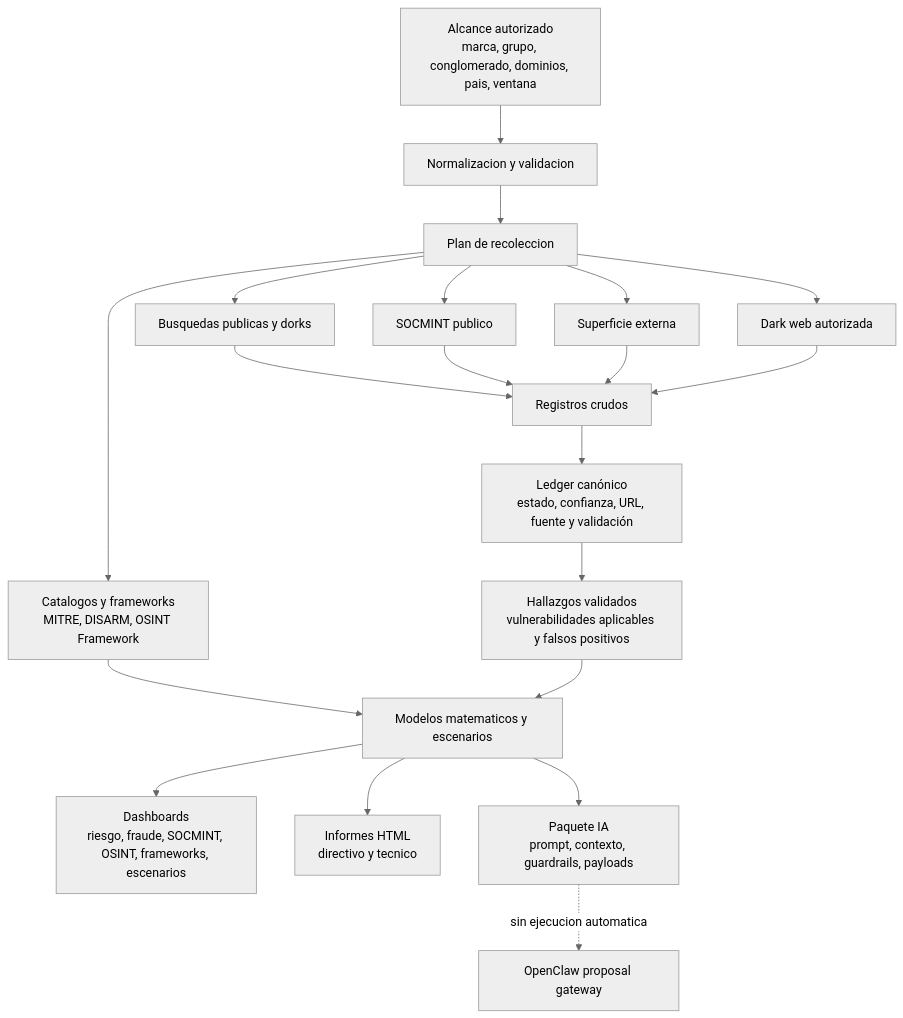
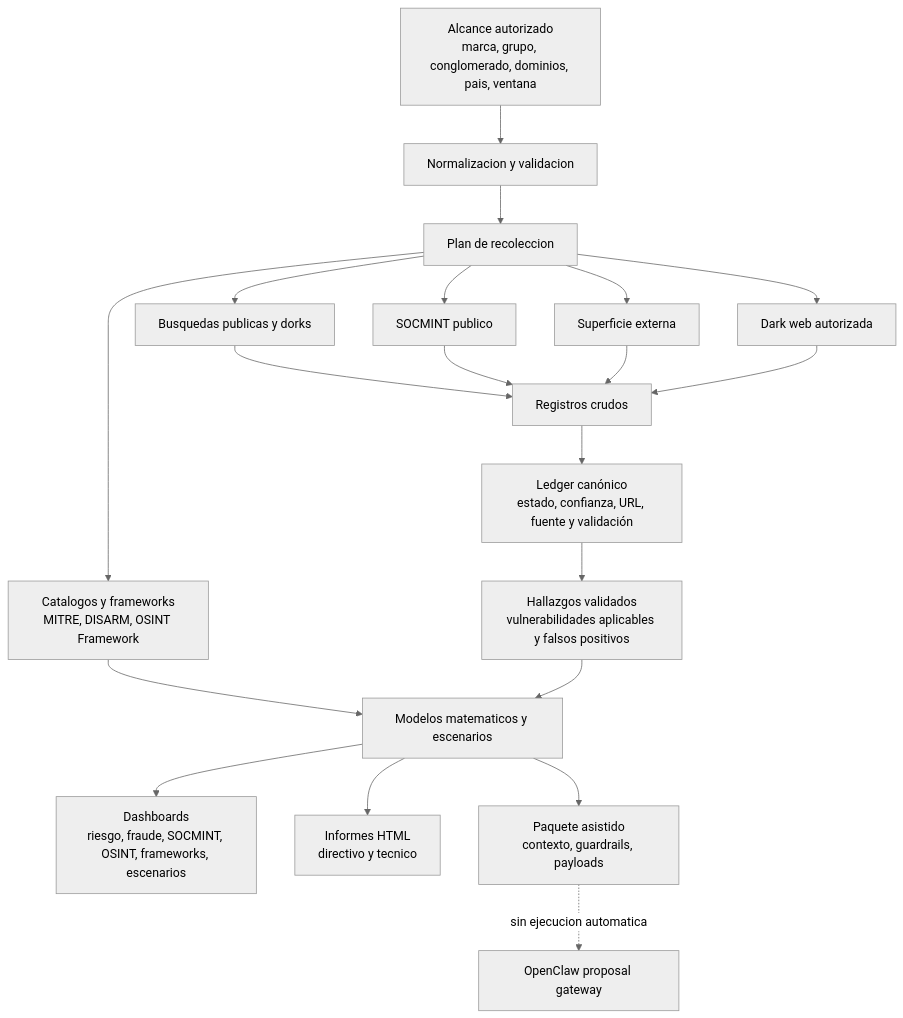
Before and after one commit to sr-maximus/CyberDecisionEngine: the second of 3 diagrams in docs/cyberdecisionengine_architecture.md, drawn with Mermaid (neutral theme). The commit also changed other lines of this file and 116 other files, not shown here.

````diff
--- a/docs/cyberdecisionengine_architecture.md
+++ b/docs/cyberdecisionengine_architecture.md
@@ -31,22 +41,22 @@
 ```mermaid
 flowchart TD
   Scope["Alcance autorizado<br/>marca, grupo, conglomerado, dominios, pais, ventana"] --> Normalize["Normalizacion y validacion"]
   Normalize --> Sources["Plan de recoleccion"]
   Sources --> Web["Busquedas publicas y dorks"]
   Sources --> Soc["SOCMINT publico"]
   Sources --> Surface["Superficie externa"]
   Sources --> Dark["Dark web autorizada"]
   Sources --> Ref["Catalogos y frameworks<br/>MITRE, DISARM, OSINT Framework"]
   Web --> Raw["Registros crudos"]
   Soc --> Raw
   Surface --> Raw
   Dark --> Raw
   Raw --> Evidence["Ledger canónico<br/>estado, confianza, URL, fuente y validación"]
   Ref --> Model["Modelos matematicos y escenarios"]
   Evidence --> Findings["Hallazgos validados<br/>vulnerabilidades aplicables y falsos positivos"]
   Findings --> Model
   Model --> Dash["Dashboards<br/>riesgo, fraude, SOCMINT, OSINT, frameworks, escenarios"]
   Model --> Reports["Informes HTML<br/>directivo y tecnico"]
-  Model --> AI["Paquete IA<br/>prompt, contexto, guardrails, payloads"]
-  AI -. "sin ejecucion automatica" .-> OpenClaw["OpenClaw proposal gateway"]
+  Model --> Assist["Paquete asistido<br/>contexto, guardrails, payloads"]
+  Assist -. "sin ejecucion automatica" .-> OpenClaw["OpenClaw proposal gateway"]
 ```
````
